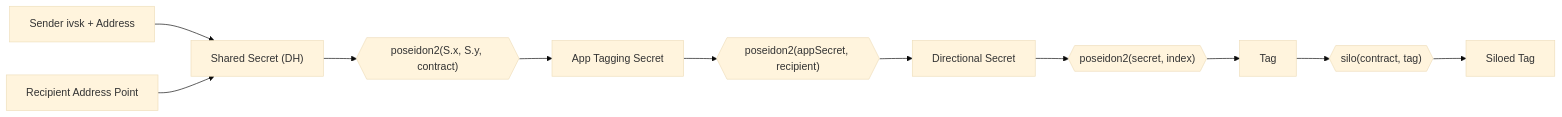
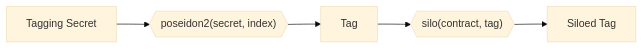
One commit to aztec-labs-eng/aztec-node changed the diagram in docs/docs-developers/docs/foundational-topics/advanced/storage/note_discovery.md. Above: the diagram before and after it, drawn with Mermaid (base theme). The commit also changed other lines of this file and 63 other files, not shown here.

````diff
--- a/docs/docs-developers/docs/foundational-topics/advanced/storage/note_discovery.md
+++ b/docs/docs-developers/docs/foundational-topics/advanced/storage/note_discovery.md
@@ -34,13 +50,7 @@
 ```mermaid
 flowchart LR
-    A[Sender ivsk + Address] --> B["Shared Secret (DH)"]
-    C[Recipient Address Point] --> B
-    B --> D{{"poseidon2(S.x, S.y, contract)"}}
-    D --> E[App Tagging Secret]
-    E --> F{{"poseidon2(appSecret, recipient)"}}
-    F --> G[Directional Secret]
-    G --> H{{"poseidon2(secret, index)"}}
+    G["Tagging Secret"] --> H{{"poseidon2(secret, index)"}}
     H --> I[Tag]
     I --> J{{"silo(contract, tag)"}}
     J --> K[Siloed Tag]
 ```
````
